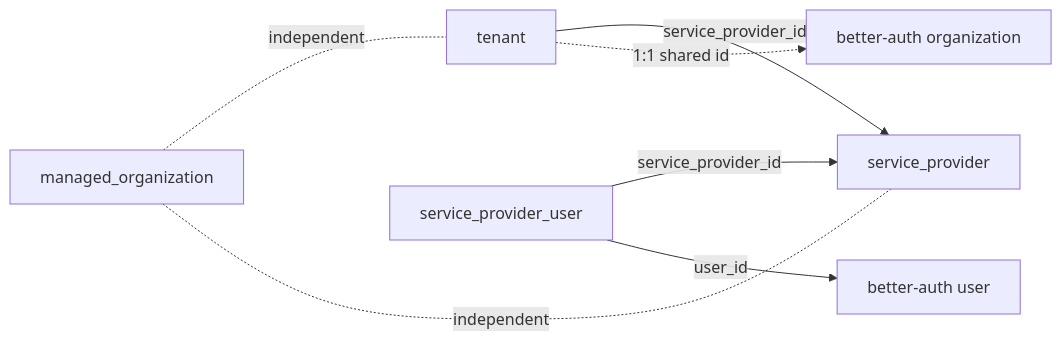
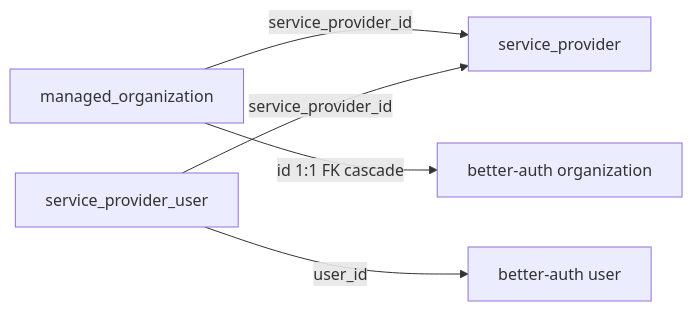
Before and after one commit to AdityaBorkar/aspen-os: the diagram in packages/management/docs/db-schemas.mdx, drawn with Mermaid. The commit also changed other lines of this file and 33 other files, not shown here.

````diff
--- a/packages/management/docs/db-schemas.mdx
+++ b/packages/management/docs/db-schemas.mdx
@@ -86,9 +65,7 @@
 ```mermaid
 flowchart LR
-  tenant -->|service_provider_id| sp[service_provider]
+  org[managed_organization] -->|service_provider_id| sp[service_provider]
   spu[service_provider_user] -->|service_provider_id| sp
   spu -->|user_id| user[better-auth user]
-  tenant -. 1:1 shared id .-> org[better-auth organization]
-  managed_organization -. independent .- tenant
-  managed_organization -. independent .- sp
+  org -->|id 1:1 FK cascade| authOrg[better-auth organization]
 ```
````
